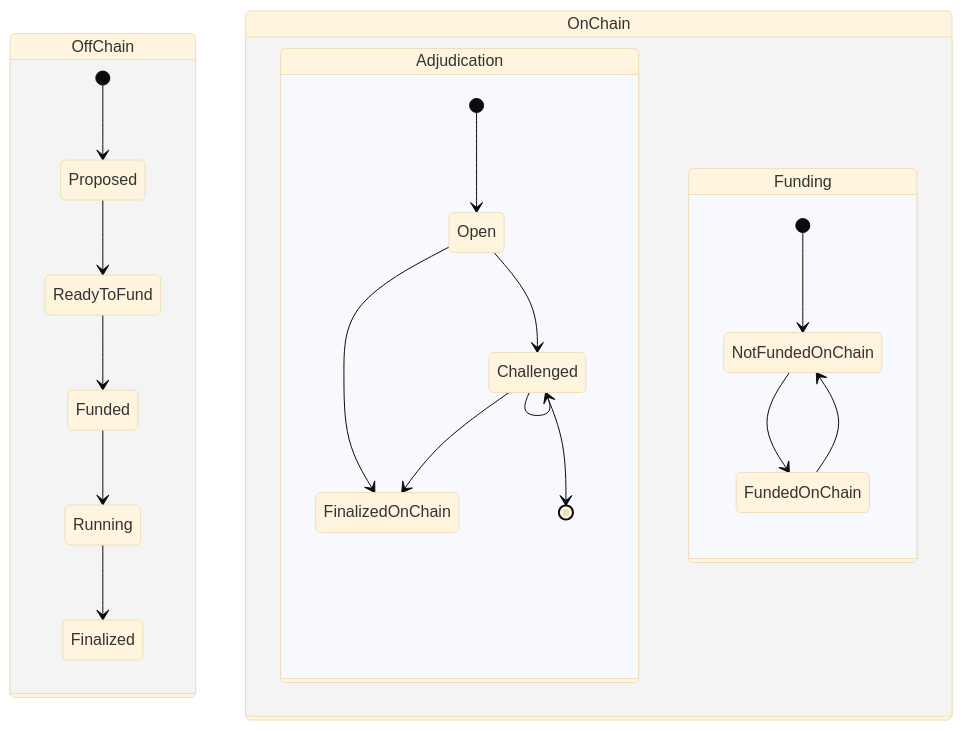
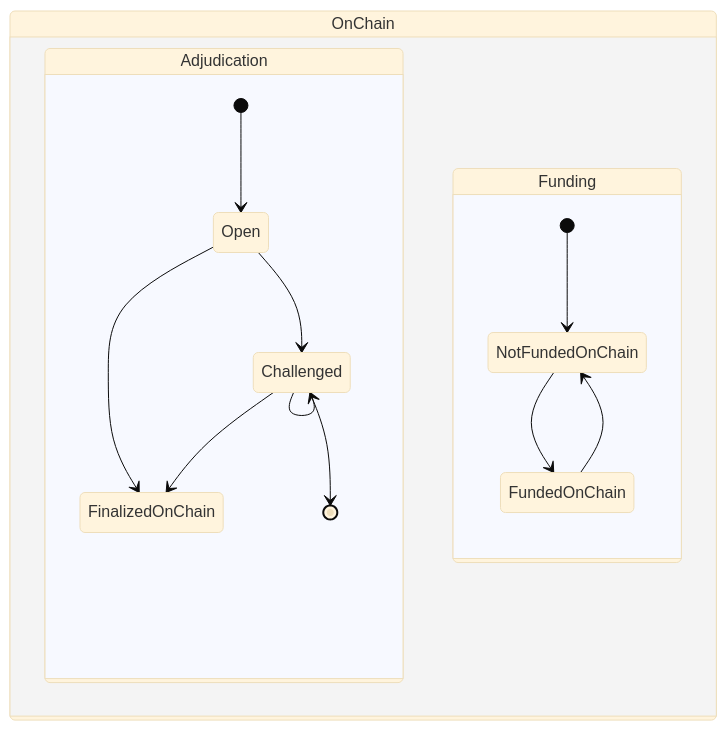
The second of 2 diagrams in docs/protocol-tutorial/0004-lifecycle-of-a-channel.md (statechannels/go-nitro), drawn with Mermaid (base theme) before and after one commit. The commit also changed other lines of this file, not shown here.

````diff
--- a/docs/protocol-tutorial/0004-lifecycle-of-a-channel.md
+++ b/docs/protocol-tutorial/0004-lifecycle-of-a-channel.md
@@ -5,33 +48,23 @@
 ```mermaid
 stateDiagram-v2
 
-state OffChain {
-[*] --> Proposed
- Proposed --> ReadyToFund
- ReadyToFund --> Funded
- Funded --> Running
- Running --> Finalized
-}
 
 state OnChain {
     state Adjudication {
 [*] --> Open
 Open -->FinalizedOnChain
 Open -->Challenged
 Challenged --> Challenged
 Challenged --> FinalizedOnChain
 Challenged --> [*]
 }
 state Funding {
     [*]-->NotFundedOnChain
     NotFundedOnChain --> FundedOnChain
     FundedOnChain --> NotFundedOnChain
 }
 
+
 }
 
-
-
-
-
 ```
````
